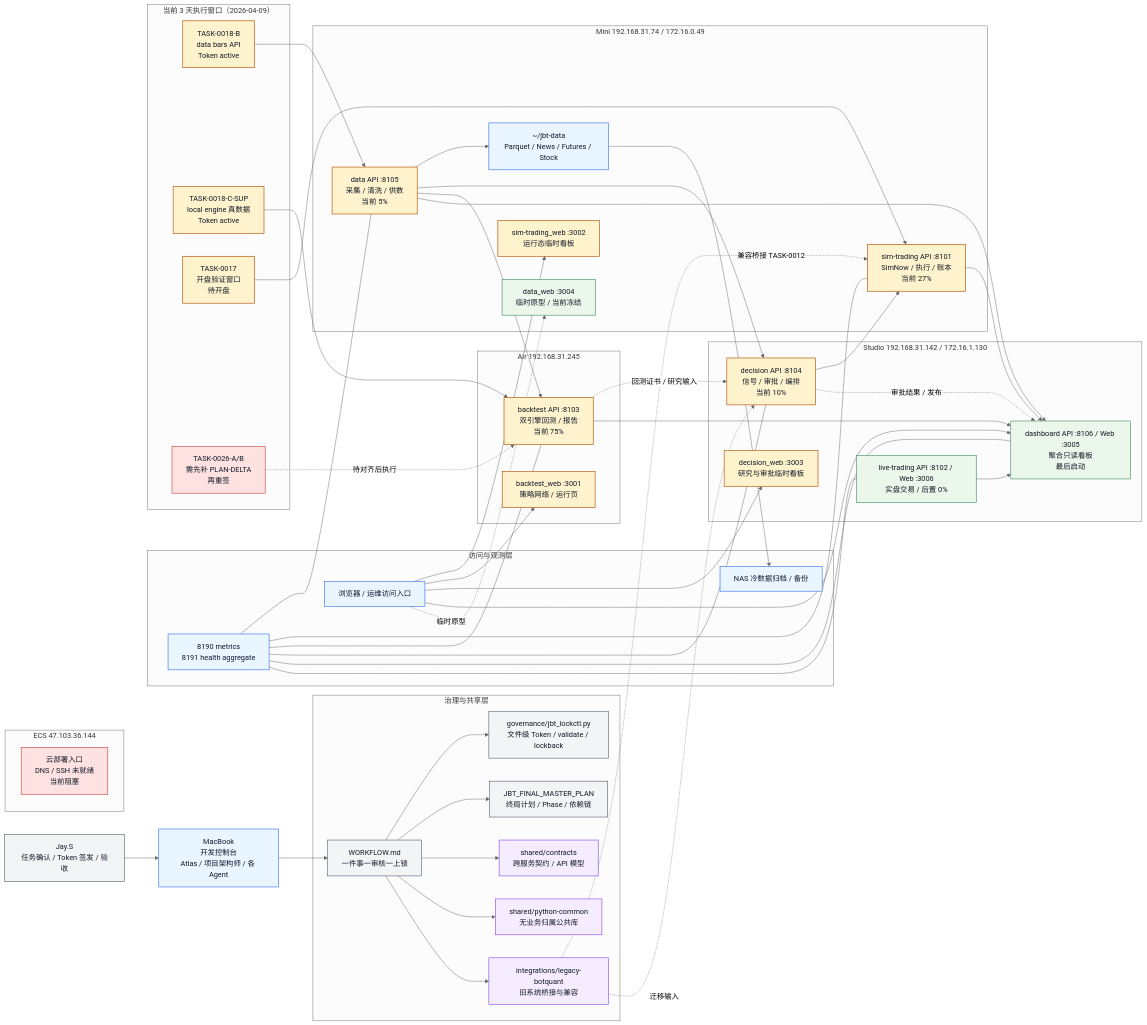
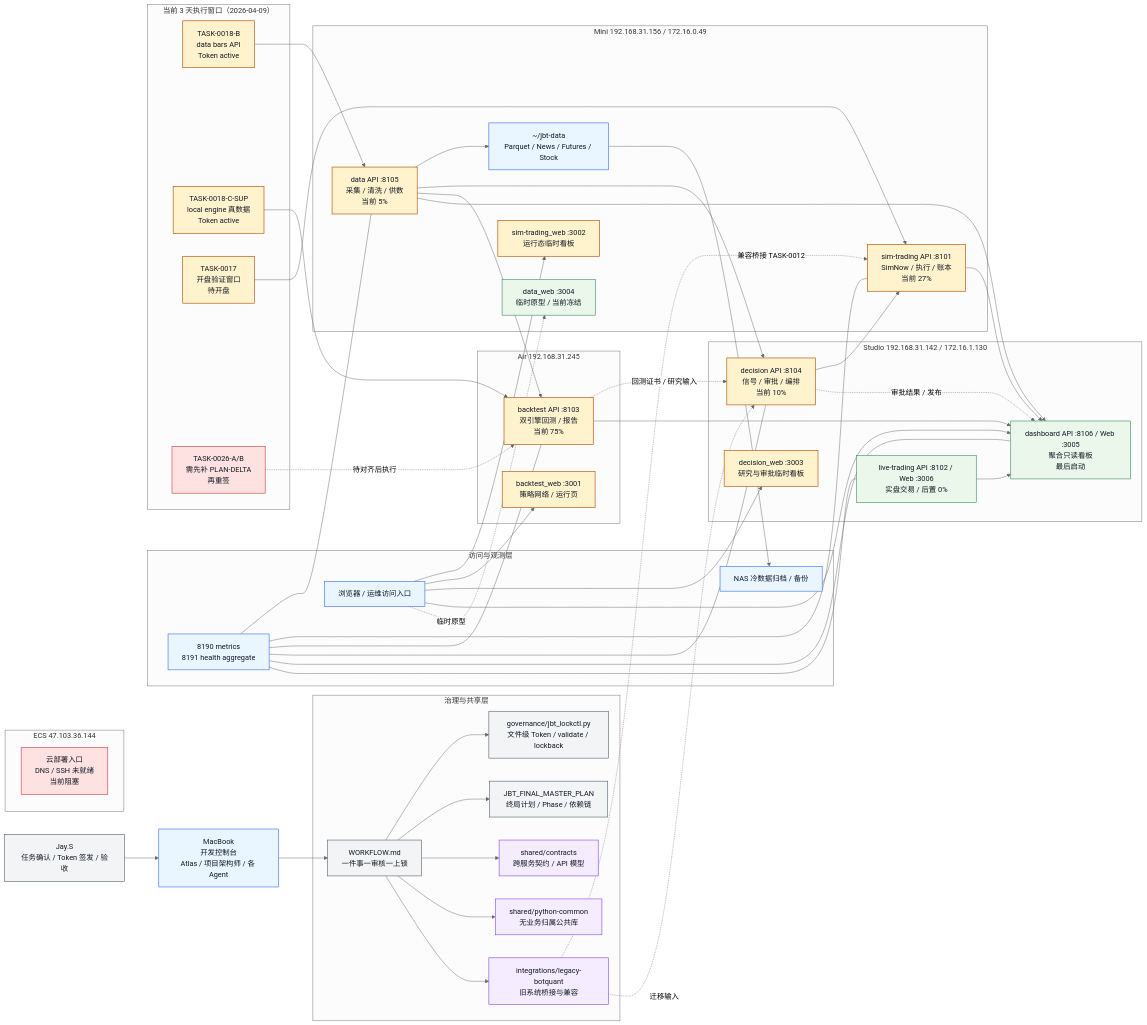
One commit to jayshao2046-droid/JBT changed the diagram in docs/references/架构图/JBT-项目完整架构图-20260409.md. Above: the diagram before and after it, drawn with Mermaid (neutral theme). The commit also changed 190 other files, not shown here.

```diff
--- a/docs/references/架构图/JBT-项目完整架构图-20260409.md
+++ b/docs/references/架构图/JBT-项目完整架构图-20260409.md
@@ -26,7 +26,7 @@
     Legacy["integrations/legacy-botquant<br/>旧系统桥接与兼容"]:::shared
   end
 
-  subgraph MINI["Mini 192.168.31.74 / 172.16.0.49"]
+  subgraph MINI["Mini 192.168.31.156 / 172.16.0.49"]
     Data["data API :8105<br/>采集 / 清洗 / 供数<br/>当前 5%"]:::active
     DataWeb["data_web :3004<br/>临时原型 / 当前冻结"]:::planned
     Sim["sim-trading API :8101<br/>SimNow / 执行 / 账本<br/>当前 27%"]:::active
```
